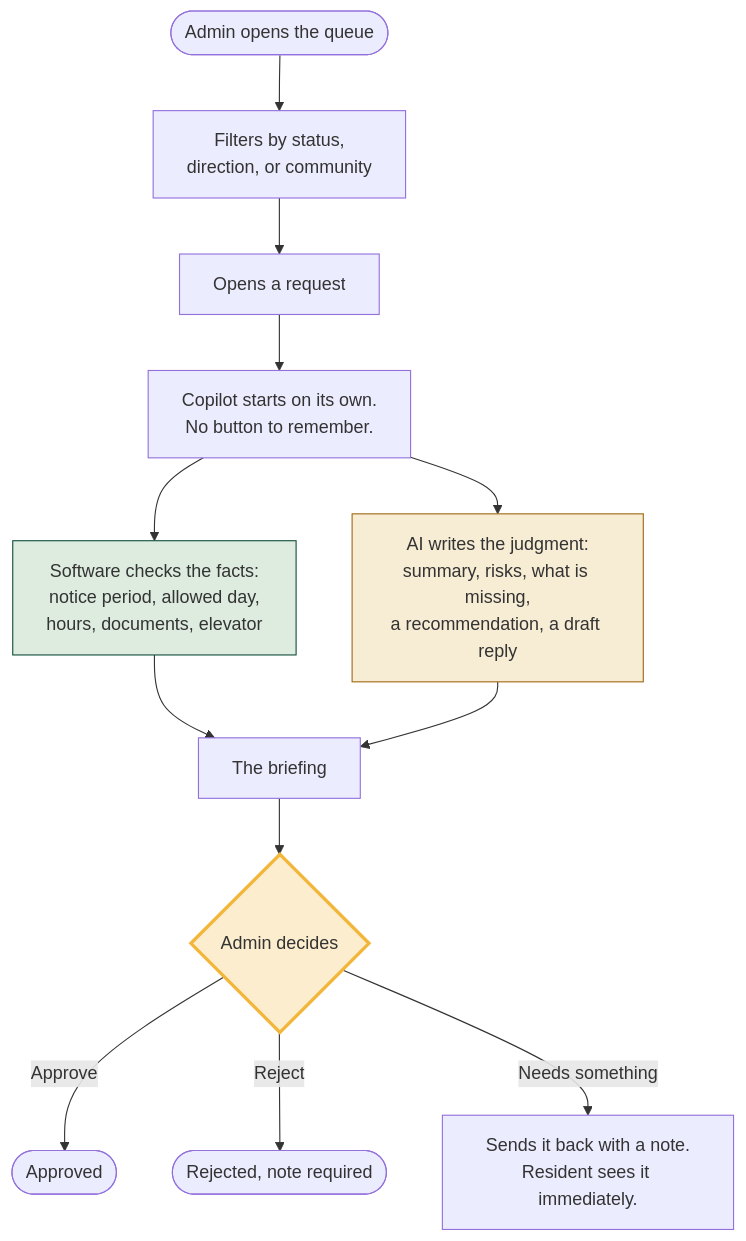
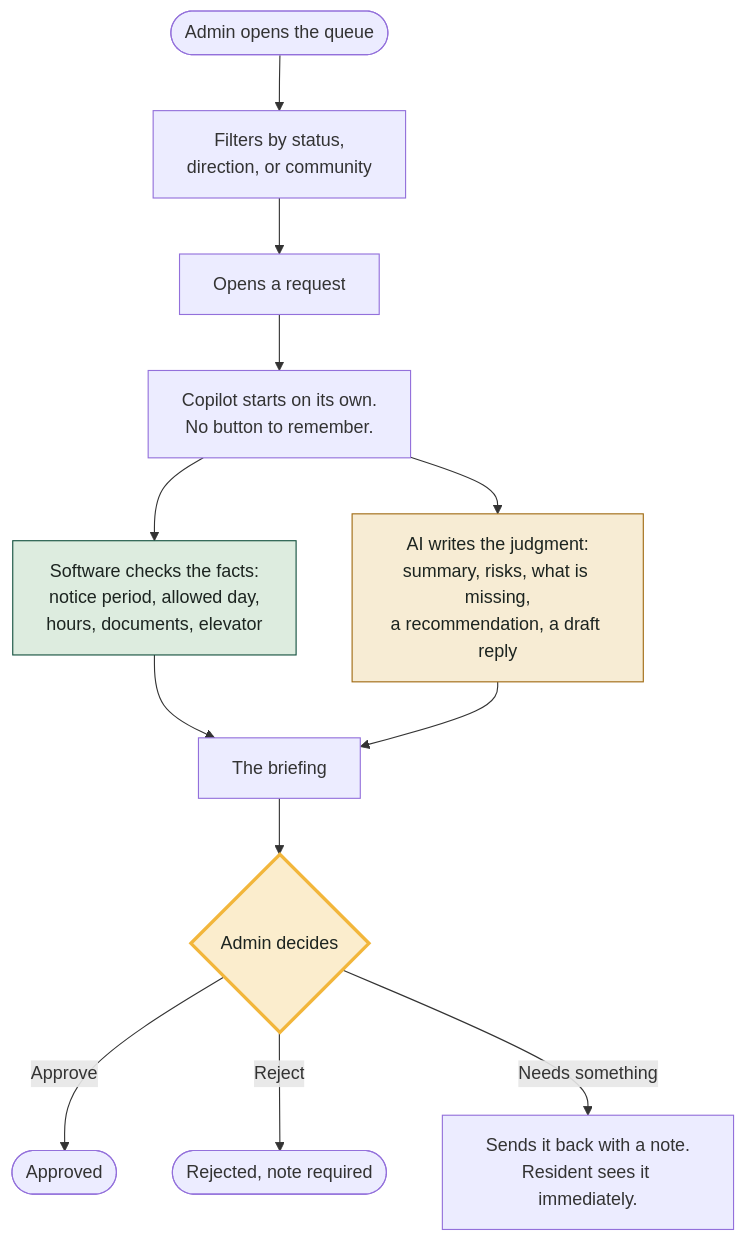
Before and after one commit to Amruth22/anacity-move-assistant: the fourth of 8 diagrams in README.md, drawn with Mermaid. The commit also changed other lines of this file and 8 other files, not shown here.

First line of the commit message:
Single document: fold the design notes into the README, render its diagrams in-app

````diff
--- a/README.md
+++ b/README.md
@@ -106,21 +106,21 @@
 ```mermaid
 flowchart TD
     S(["Admin opens the queue"]) --> F["Filters by status,<br/>direction, or community"]
     F --> O["Opens a request"]
     O --> AUTO["Copilot starts on its own.<br/>No button to remember."]
 
     AUTO --> CODE["Software checks the facts:<br/>notice period, allowed day,<br/>hours, documents, elevator"]
     AUTO --> AI["AI writes the judgment:<br/>summary, risks, what is missing,<br/>a recommendation, a draft reply"]
 
     CODE --> BRIEF["The briefing"]
     AI --> BRIEF
 
     BRIEF --> DEC{"Admin decides"}
     DEC -->|"Approve"| AP(["Approved"])
     DEC -->|"Reject"| RJ(["Rejected, note required"])
     DEC -->|"Needs something"| NI["Sends it back with a note.<br/>Resident sees it immediately."]
 
-    style CODE fill:#ddecdf,stroke:#14513f
-    style AI fill:#f7ecd4,stroke:#a06a12
-    style DEC fill:#fbedcd,stroke:#f2b63b,stroke-width:3px
+    style CODE fill:#ddecdf,stroke:#14513f,color:#1c2420
+    style AI fill:#f7ecd4,stroke:#a06a12,color:#1c2420
+    style DEC fill:#fbedcd,stroke:#f2b63b,stroke-width:3px,color:#1c2420
 ```
````
